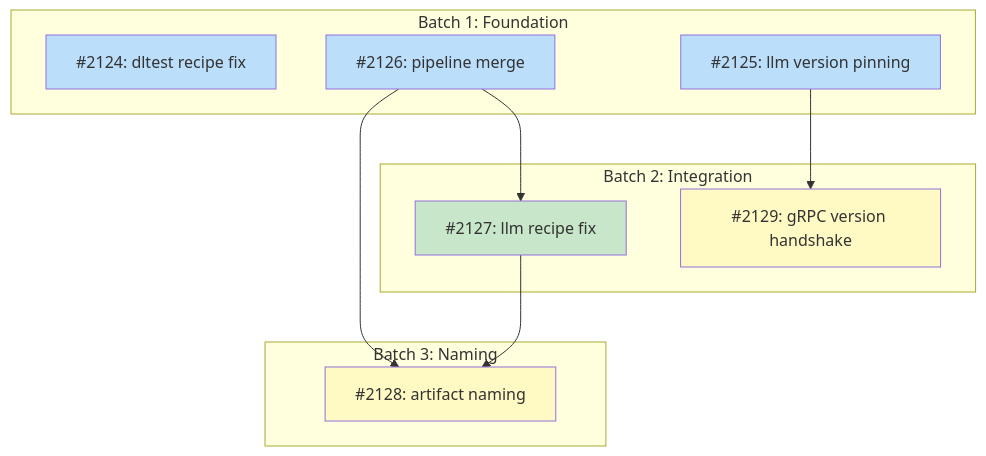
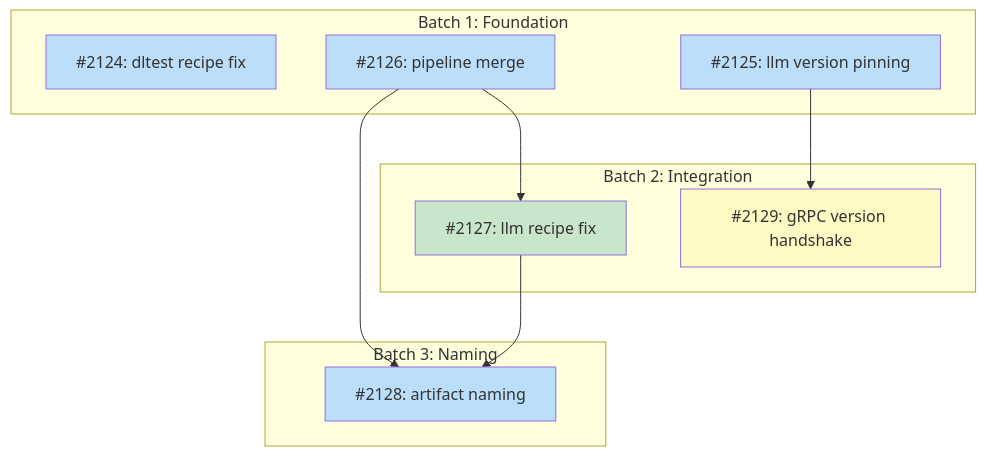
One commit to tsukumogami/tsuku changed the diagram in docs/plans/PLAN-unified-release-versioning.md. Above: the diagram before and after it, drawn with Mermaid. The commit also changed 1 other file, not shown here.

Commit message:
chore(docs): update diagram classes and strikethrough for #2127
Mark I2128 as ready (no longer blocked after #2127 completes) and add
strikethrough to #2127 row in the implementation issues table.

````diff
--- a/docs/plans/PLAN-unified-release-versioning.md
+++ b/docs/plans/PLAN-unified-release-versioning.md
@@ -49,36 +49,37 @@
 ```mermaid
 graph TD
     subgraph Batch1["Batch 1: Foundation"]
         I2124["#2124: dltest recipe fix"]
         I2125["#2125: llm version pinning"]
         I2126["#2126: pipeline merge"]
     end
 
     subgraph Batch2["Batch 2: Integration"]
         I2127["#2127: llm recipe fix"]
         I2129["#2129: gRPC version handshake"]
     end
 
     subgraph Batch3["Batch 3: Naming"]
         I2128["#2128: artifact naming"]
     end
 
     I2126 --> I2127
     I2125 --> I2129
     I2126 --> I2128
     I2127 --> I2128
 
     classDef done fill:#c8e6c9
     classDef ready fill:#bbdefb
     classDef blocked fill:#fff9c4
     classDef needsDesign fill:#e1bee7
     classDef needsPrd fill:#b3e5fc
     classDef needsSpike fill:#ffcdd2
     classDef needsDecision fill:#d1c4e9
     classDef tracksDesign fill:#FFE0B2,stroke:#F57C00,color:#000
     classDef tracksPlan fill:#FFE0B2,stroke:#F57C00,color:#000
 
     class I2124,I2125,I2126 ready
-    class I2128,I2129 blocked
+    class I2129 blocked
+    class I2128 ready
     class I2127 done
 ```
````
